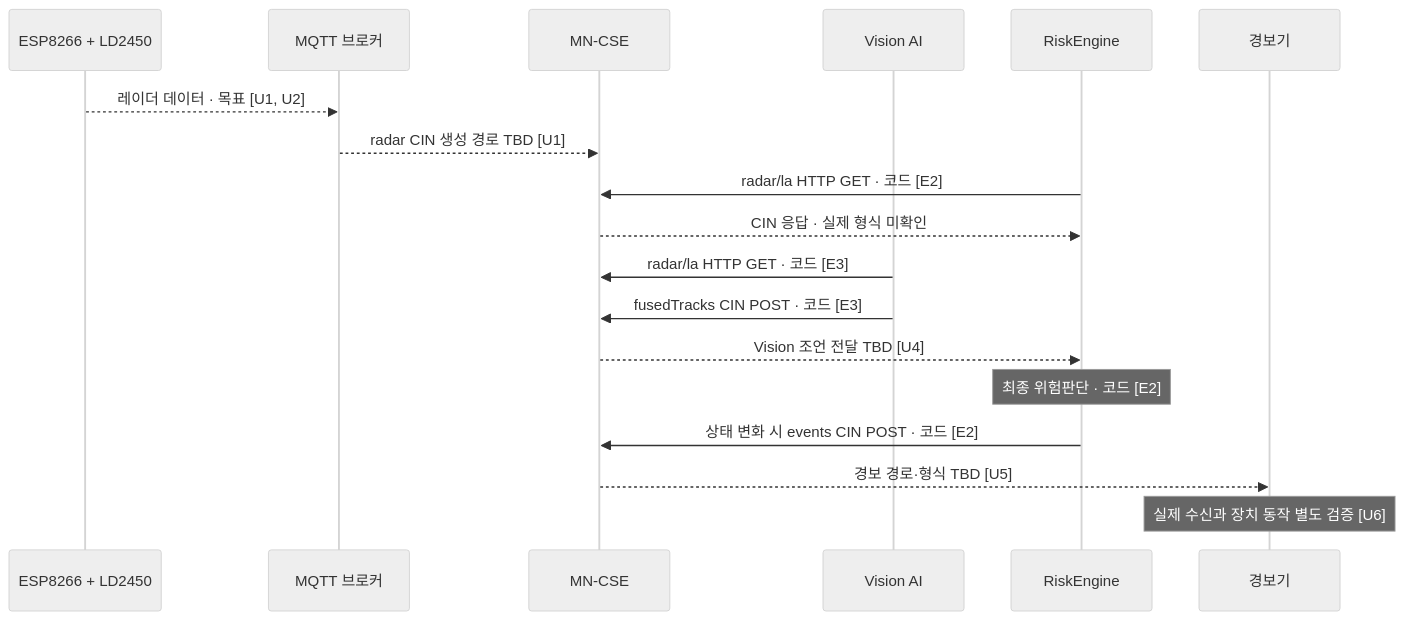
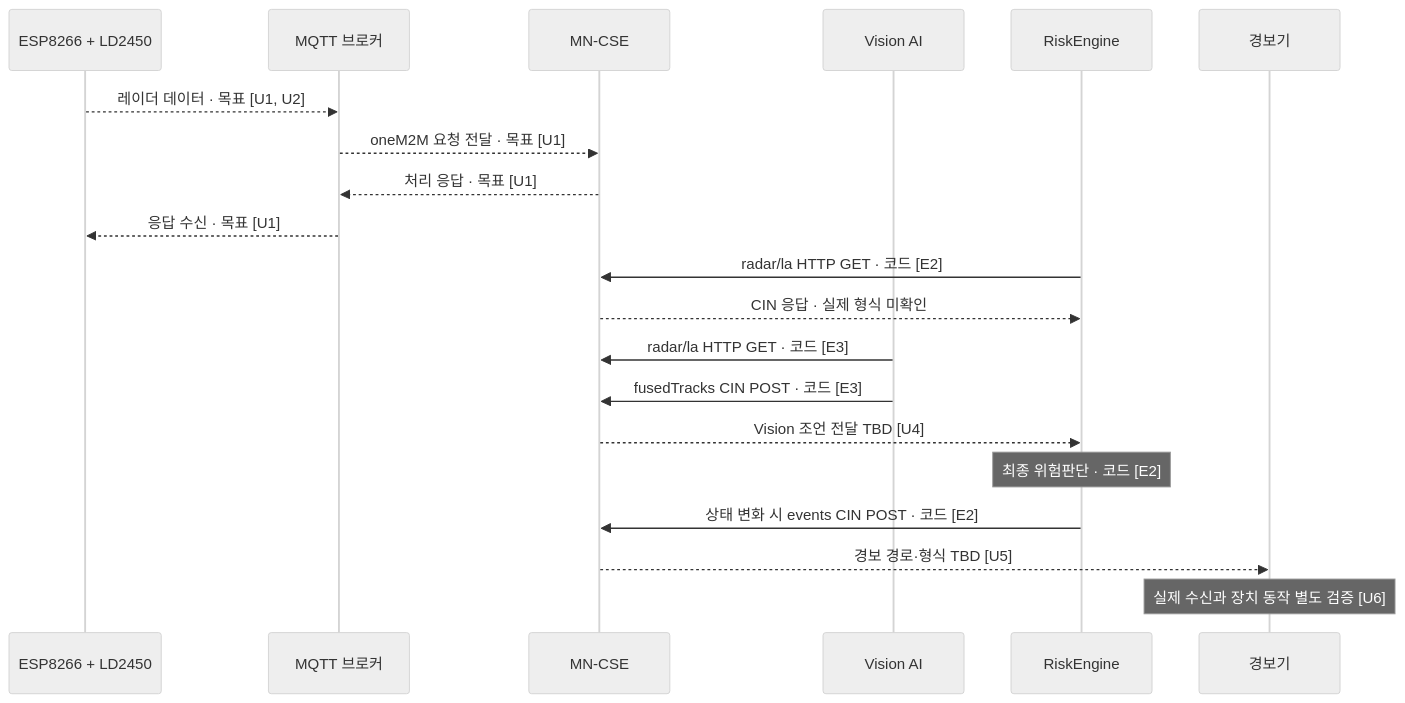
One commit to extra-7ex/Sejong_4IoT_OneM2M changed the second of 2 diagrams in docs/architecture.md. Above: the diagram before and after it, drawn with Mermaid (neutral theme). The commit also changed other lines of this file, not shown here.

Commit message:
docs: clarify integration flows and failure gaps

````diff
--- a/docs/architecture.md
+++ b/docs/architecture.md
@@ -72,20 +92,22 @@
 ```mermaid
 sequenceDiagram
     participant R as ESP8266 + LD2450
     participant B as MQTT 브로커
     participant C as MN-CSE
     participant V as Vision AI
     participant E as RiskEngine
     participant A as 경보기
     R-->>B: 레이더 데이터 · 목표 [U1, U2]
-    B-->>C: radar CIN 생성 경로 TBD [U1]
+    B-->>C: oneM2M 요청 전달 · 목표 [U1]
+    C-->>B: 처리 응답 · 목표 [U1]
+    B-->>R: 응답 수신 · 목표 [U1]
     E->>C: radar/la HTTP GET · 코드 [E2]
     C-->>E: CIN 응답 · 실제 형식 미확인
     V->>C: radar/la HTTP GET · 코드 [E3]
     V->>C: fusedTracks CIN POST · 코드 [E3]
     C-->>E: Vision 조언 전달 TBD [U4]
     Note over E: 최종 위험판단 · 코드 [E2]
     E->>C: 상태 변화 시 events CIN POST · 코드 [E2]
     C-->>A: 경보 경로·형식 TBD [U5]
     Note over A: 실제 수신과 장치 동작 별도 검증 [U6]
 ```
````
